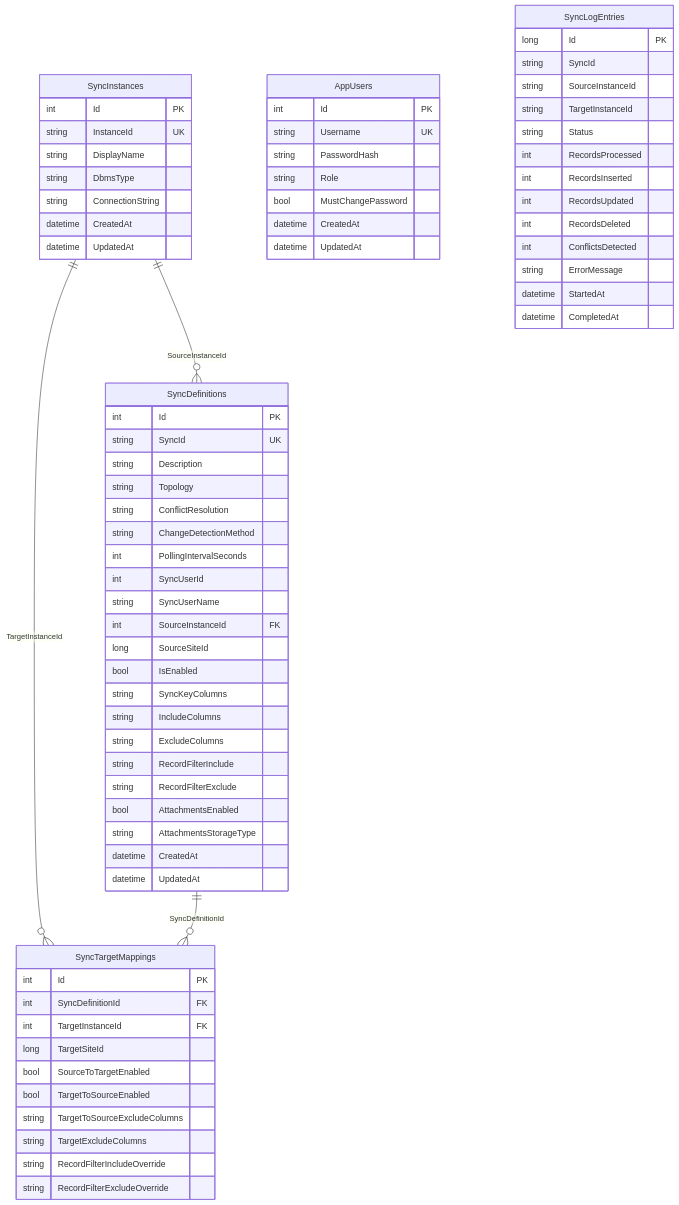
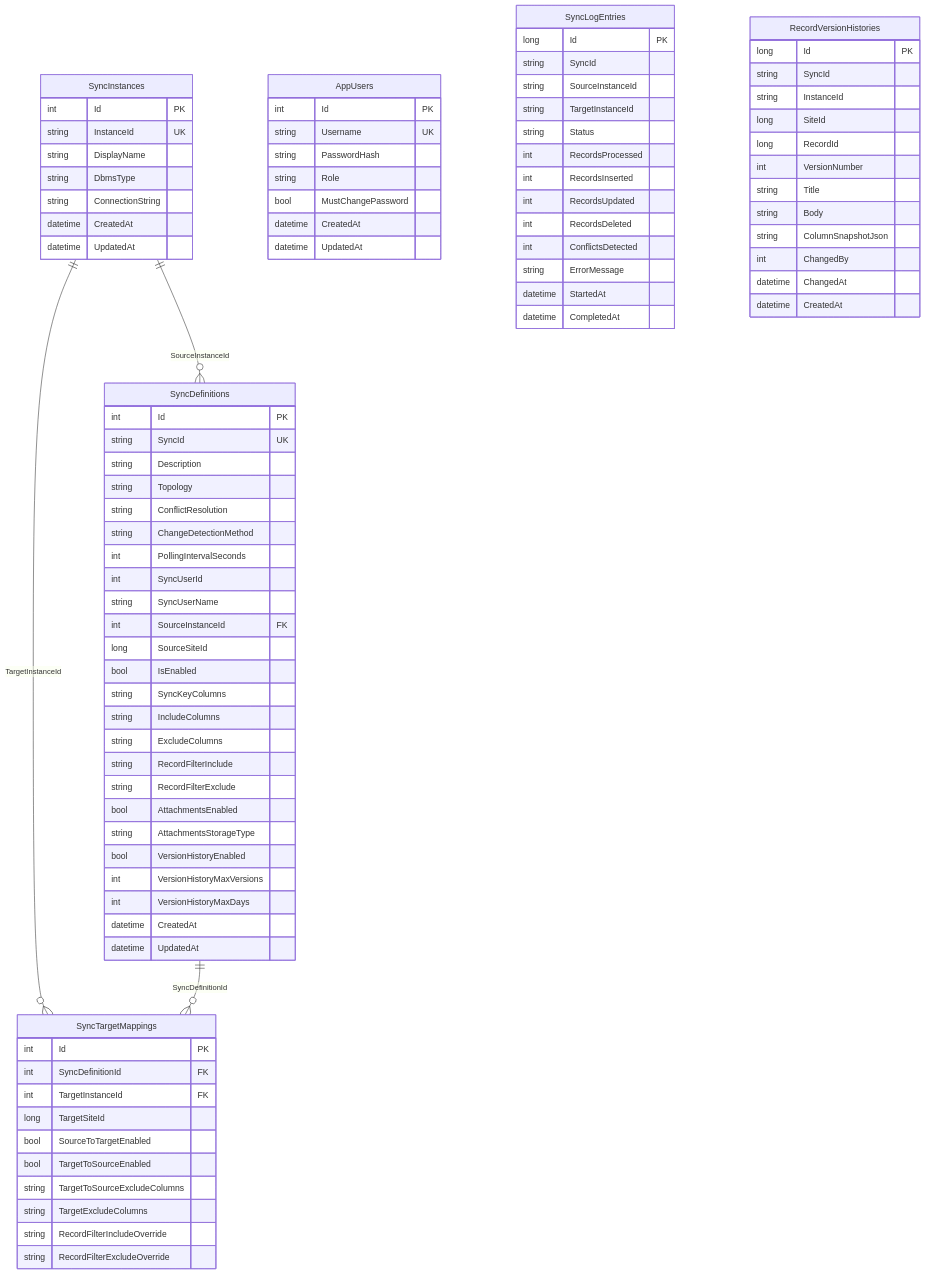
Before and after one commit to vehiclevisionjp/VehicleVision.Pleasanter.ReplicaSync: the diagram in docs/wiki/database-schema.md, drawn with Mermaid. The commit also changed other lines of this file and 15 other files, not shown here.

````diff
--- a/docs/wiki/database-schema.md
+++ b/docs/wiki/database-schema.md
@@ -88,6 +89,9 @@
         string RecordFilterExclude
         bool AttachmentsEnabled
         string AttachmentsStorageType
+        bool VersionHistoryEnabled
+        int VersionHistoryMaxVersions
+        int VersionHistoryMaxDays
         datetime CreatedAt
         datetime UpdatedAt
     }
@@ -120,4 +124,19 @@
         datetime StartedAt
         datetime CompletedAt
     }
+
+    RecordVersionHistories {
+        long Id PK
+        string SyncId
+        string InstanceId
+        long SiteId
+        long RecordId
+        int VersionNumber
+        string Title
+        string Body
+        string ColumnSnapshotJson
+        int ChangedBy
+        datetime ChangedAt
+        datetime CreatedAt
+    }
 ```
````
